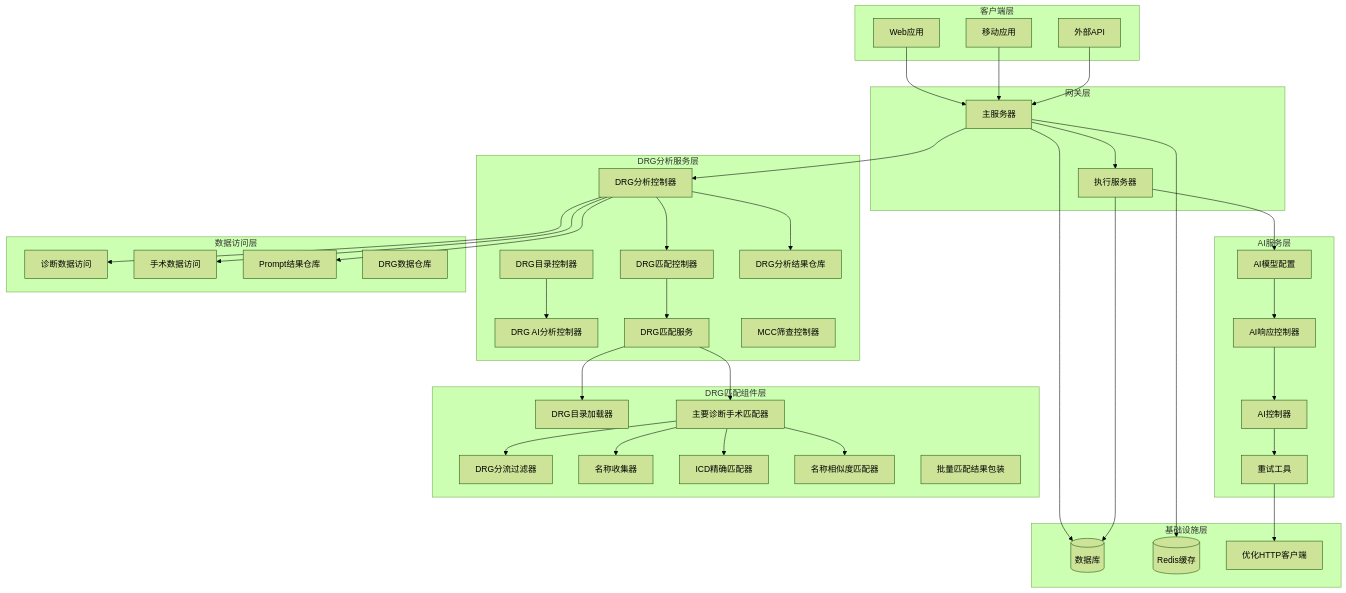
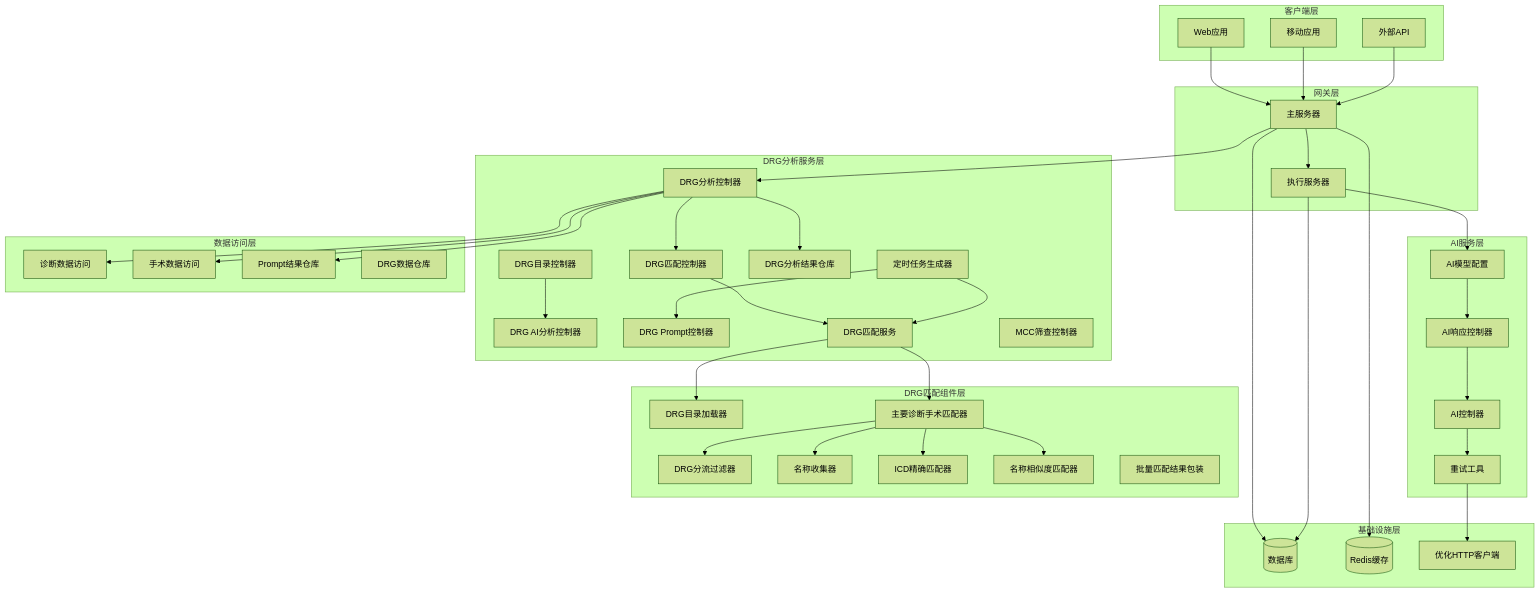
One commit to liuzh2008/med_ai_assistant_workspace changed the first of 37 diagrams in .qoder/repowiki/zh/content/核心功能模块/DRG分析系统增强.md. Above: the diagram before and after it, drawn with Mermaid (forest theme). The commit also changed other lines of this file and 3 other files, not shown here.

````diff
--- a/.qoder/repowiki/zh/content/核心功能模块/DRG分析系统增强.md
+++ b/.qoder/repowiki/zh/content/核心功能模块/DRG分析系统增强.md
@@ -119,73 +131,77 @@
 ```mermaid
 graph TB
 subgraph "客户端层"
 WebApp[Web应用]
 MobileApp[移动应用]
 API[外部API]
 end
 subgraph "网关层"
 MainServer[主服务器]
 ExecutionServer[执行服务器]
 end
 subgraph "AI服务层"
 AIModelConfig[AI模型配置]
 AIResponseController[AI响应控制器]
 AIController[AI控制器]
 RetryUtil[重试工具]
 end
 subgraph "DRG分析服务层"
 DrgAnalysisController[DRG分析控制器]
 DrgMatchingController[DRG匹配控制器]
 DrgCatalogController[DRG目录控制器]
 DrgAiAnalysisController[DRG AI分析控制器]
+DrgPromptController[DRG Prompt控制器]
 DrgMatchingService[DRG匹配服务]
 DrgAnalysisResultRepository[DRG分析结果仓库]
 MccScreeningController[MCC筛查控制器]
+TimerPromptGenerator[定时任务生成器]
 end
 subgraph "DRG匹配组件层"
 DrgCatalogLoader[DRG目录加载器]
 PrimaryDiagnosisProcedureMatcher[主要诊断手术匹配器]
 DrgFilter[DRG分流过滤器]
 NameCollector[名称收集器]
 IcdMatcher[ICD精确匹配器]
 NameMatcher[名称相似度匹配器]
 DrgBatchMatchResult[批量匹配结果包装]
 end
 subgraph "数据访问层"
 DiagnosisRepository[诊断数据访问]
 SurgeryRepository[手术数据访问]
 PromptResultRepository[Prompt结果仓库]
 DrgRepository[DRG数据仓库]
 end
 subgraph "基础设施层"
 Database[(数据库)]
 Redis[(Redis缓存)]
 HttpClient[优化HTTP客户端]
 end
 WebApp --> MainServer
 MobileApp --> MainServer
 API --> MainServer
 MainServer --> ExecutionServer
 ExecutionServer --> AIModelConfig
 AIModelConfig --> AIResponseController
 AIResponseController --> AIController
 AIController --> RetryUtil
 RetryUtil --> HttpClient
 MainServer --> DrgAnalysisController
 DrgAnalysisController --> DrgMatchingController
 DrgMatchingController --> DrgMatchingService
 DrgMatchingService --> DrgCatalogLoader
 DrgMatchingService --> PrimaryDiagnosisProcedureMatcher
 PrimaryDiagnosisProcedureMatcher --> DrgFilter
 PrimaryDiagnosisProcedureMatcher --> NameCollector
 PrimaryDiagnosisProcedureMatcher --> IcdMatcher
 PrimaryDiagnosisProcedureMatcher --> NameMatcher
 DrgCatalogController --> DrgAiAnalysisController
 DrgAnalysisController --> DrgAnalysisResultRepository
 DrgAnalysisController --> DiagnosisRepository
 DrgAnalysisController --> SurgeryRepository
 DrgAnalysisController --> PromptResultRepository
+TimerPromptGenerator --> DrgPromptController
+TimerPromptGenerator --> DrgMatchingService
 MainServer --> Database
 MainServer --> Redis
 ExecutionServer --> Database
 ```
````
